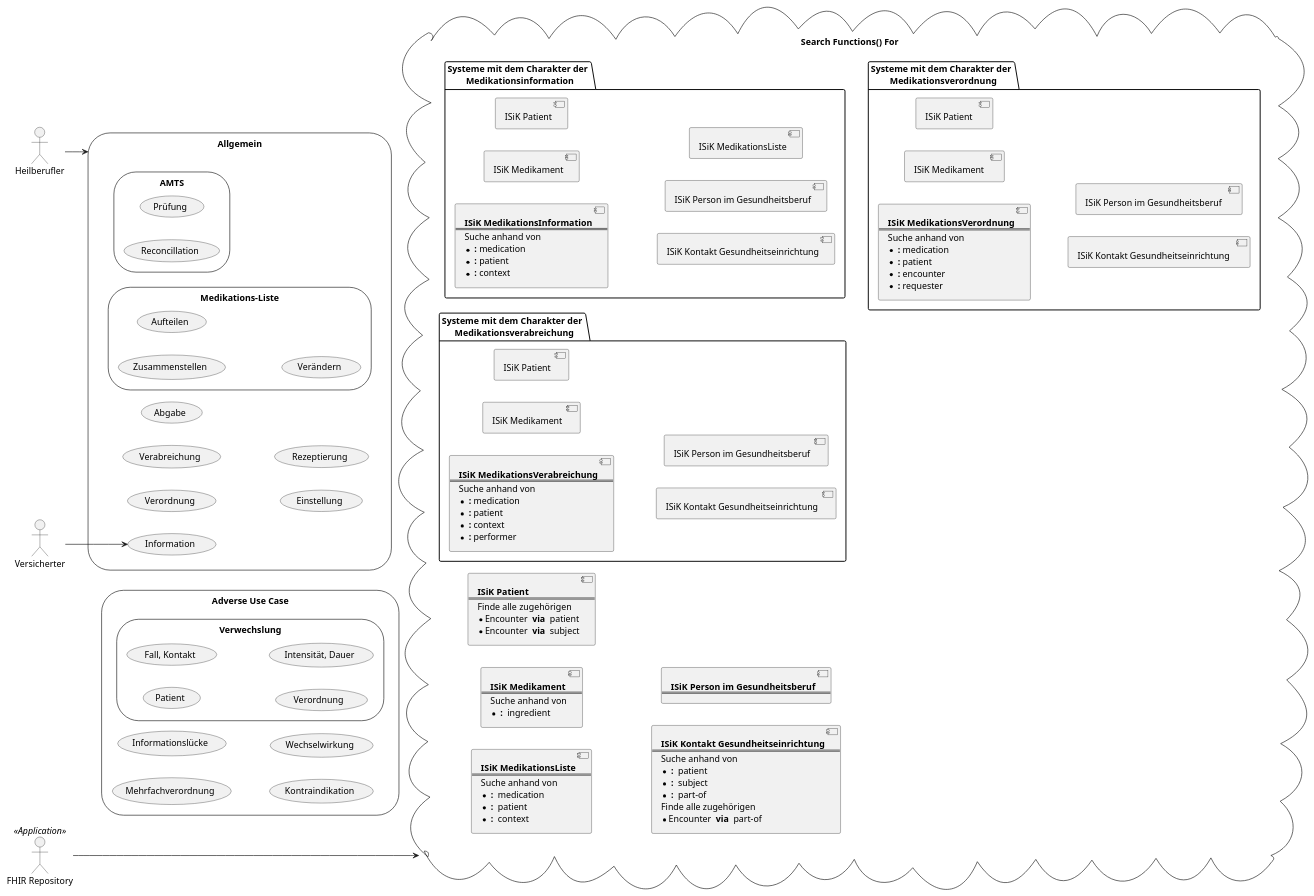
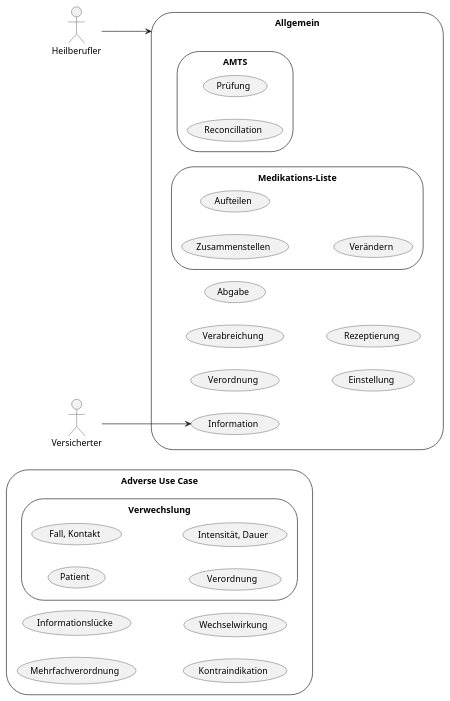
The diagram in Material/images/src/plantuml/usecases.puml (gematik/spec-ISiK-Medikation), drawn with PlantUML before and after one commit. The commit also changed 1 other file, not shown here.

Commit message:
added RiskAssessment & generic Labor-profile to AMTS UML (#111)
* infomodell medication

first full draft of Infomodell

* progress on info and usecases

* auto-generated diagrams by GitHub Action after source code change

* replaced ClinicalUseDefinition with RiskAssessment
created abstract Laboruntersuchung class

---------

```diff
--- a/Material/images/src/plantuml/usecases.puml
+++ b/Material/images/src/plantuml/usecases.puml
@@ -15,128 +15,45 @@
 @startuml usecases
 left to right direction
 'skinparam packageStyle cloud
-skinparam linetype ortho
+'skinparam linetype ortho
 
-actor :FHIR Repository: as DB << Application >>
+'actor :FHIR Repository: as DB << Application >>
 actor :Heilberufler:
 actor :Versicherter:
-
 storage adverseUC as "Adverse Use Case" {
     storage (Verwechslung){
         (Patient)
         (Fall, Kontakt)
         (Verordnung )
         (Intensität, Dauer)
     }
     (Mehrfachverordnung)
     (Informationslücke)
     (Kontraindikation)
     (Wechselwirkung)
 }
+
 storage gnrlUC as "Allgemein" {
     (Information)
     (Verordnung)
     (Verabreichung)
     (Abgabe)
     (Einstellung)
     (Rezeptierung)
     storage (AMTS){
         (Prüfung)
         (Reconcillation)
     }
     storage (Medikations-Liste){
         (Zusammenstellen)
         (Aufteilen)
         (Verändern)
     }
 }
 
-cloud "Search Functions() For" as fncts {
-    folder CSt_MedInfo as "Systeme mit dem Charakter der \n Medikationsinformation" {
-        component _MedInfo [
-        **ISiK MedikationsInformation**
-        ====
-        Suche anhand von
-        * ** :** medication
-        * ** :** patient
-        * ** :** context
-        ]
-        component "ISiK Medikament"
-        component "ISiK Patient"
-        component "ISiK Kontakt Gesundheitseinrichtung"
-        component "ISiK Person im Gesundheitsberuf"
-        component "ISiK MedikationsListe"
-    }
-    'CSt_MedInfo --> CStAll_MedikationsListe
-    folder CSt_MedVerab as "Systeme mit dem Charakter der \n Medikationsverabreichung" {
-        component _MedVerab [
-        **ISiK MedikationsVerabreichung**
-        ====
-        Suche anhand von
-        * ** :** medication
-        * ** :** patient
-        * ** :** context
-        * ** :** performer
-        ]
-        component "ISiK Medikament "
-        component "ISiK Patient "
-        component "ISiK Kontakt Gesundheitseinrichtung "
-        component "ISiK Person im Gesundheitsberuf "
-    }
-    folder CSt_MedVerord as "Systeme mit dem Charakter der \n Medikationsverordnung" {
-        component _MedVerord [
-        **ISiK MedikationsVerordnung**
-        ====
-        Suche anhand von
-        * ** :** medication
-        * ** :** patient
-        * ** :** encounter
-        * ** :** requester
-        ]
-        component "ISiK Medikament  "
-        component "ISiK Patient  "
-        component "ISiK Kontakt Gesundheitseinrichtung  "
-        component "ISiK Person im Gesundheitsberuf  "
-    }
-    component CStAll_MedikationsListe [
-        **ISiK MedikationsListe**
-        ====
-        Suche anhand von
-        * ** : ** medication
-        * ** : ** patient
-        * ** : ** context
-    ]
-    component CStAll_Medikament [
-        **ISiK Medikament**
-        ====
-        Suche anhand von
-        * ** : ** ingredient
-    ]
-    component CStAll_Patient [
-        **ISiK Patient**
-        ====
-        Finde alle zugehörigen
-        * Encounter ** via ** patient
-        * Encounter ** via ** subject
-    ]
-    component CStAll_KontaktGesundheitseinrichtung [
-        **ISiK Kontakt Gesundheitseinrichtung**
-        ====
-        Suche anhand von
-        * ** : ** patient
-        * ** : ** subject
-        * ** : ** part-of
-        Finde alle zugehörigen
-        * Encounter ** via ** part-of
-    ]
-    component CStAll_PersonImGesundheitsberuf [
-        **ISiK Person im Gesundheitsberuf**
-        ====
-    ]
-}
 Heilberufler --> gnrlUC
 Versicherter --> Information
-DB ----> fncts
+
 'fncts --> adverseUC : mitigates
 'fncts --> gnrlUC : enables
 @enduml
```
